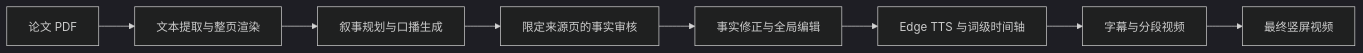
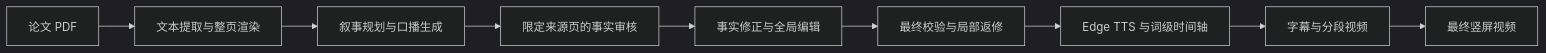
The diagram in README.md (QXP1997/paper-video-agent), drawn with Mermaid (dark theme) before and after one commit. The commit also changed other lines of this file and 6 other files, not shown here.

````diff
--- a/README.md
+++ b/README.md
@@ -59,10 +60,11 @@
 ```mermaid
 flowchart LR
     A[论文 PDF] --> B[文本提取与整页渲染]
     B --> C[叙事规划与口播生成]
     C --> D[限定来源页的事实审核]
     D --> E[事实修正与全局编辑]
-    E --> H[Edge TTS 与词级时间轴]
-    H --> F[字幕与分段视频]
+    E --> H[最终校验与局部返修]
+    H --> I[Edge TTS 与词级时间轴]
+    I --> F[字幕与分段视频]
     F --> G[最终竖屏视频]
 ```
````
